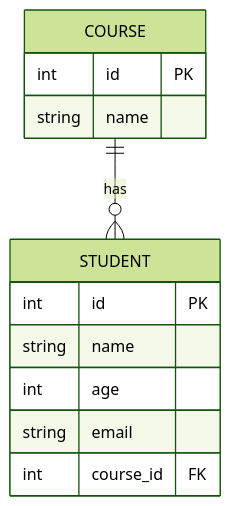
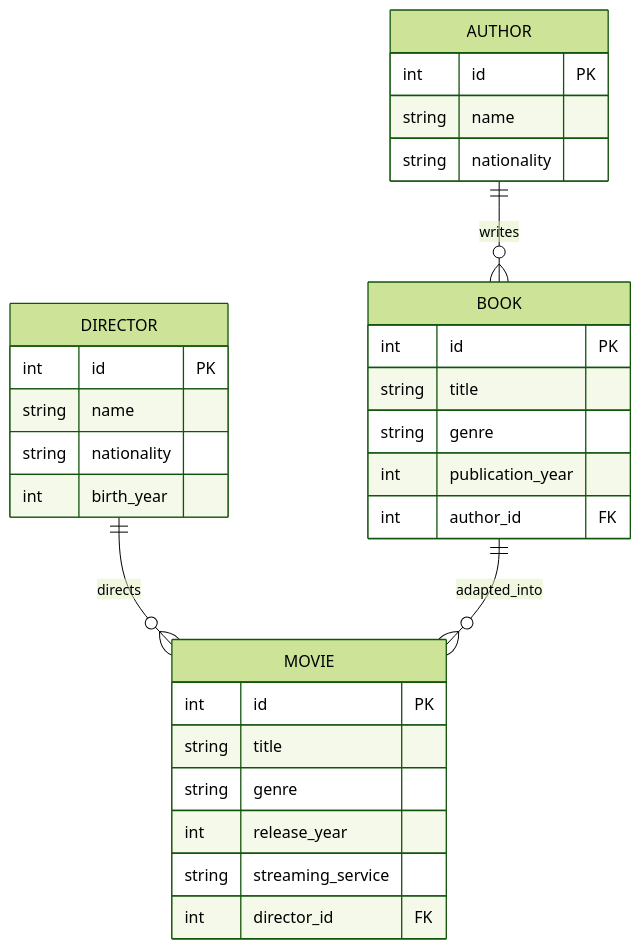
Before and after one commit to gloriaw12198-lab/DB: the diagram in ERD.md, drawn with Mermaid (forest theme). The commit also changed 6 other files, not shown here.

Commit message:
Link movie catalog to library books, update diagram and templates

````diff
--- a/ERD.md
+++ b/ERD.md
@@ -3,17 +3,37 @@
 ```mermaid
 erDiagram
-    COURSE ||--o{ STUDENT : has
+    AUTHOR ||--o{ BOOK : writes
+    DIRECTOR ||--o{ MOVIE : directs
 
-    COURSE {
+    AUTHOR {
         int id PK
         string name
+        string nationality
     }
 
-    STUDENT {
+    BOOK {
+        int id PK
+        string title
+        string genre
+        int publication_year
+        int author_id FK
+    }
+
+    BOOK ||--o{ MOVIE : adapted_into
+
+    DIRECTOR {
         int id PK
         string name
-        int age
-        string email
-        int course_id FK
+        string nationality
+        int birth_year
+    }
+
+    MOVIE {
+        int id PK
+        string title
+        string genre
+        int release_year
+        string streaming_service
+        int director_id FK
     }
 ```
````
